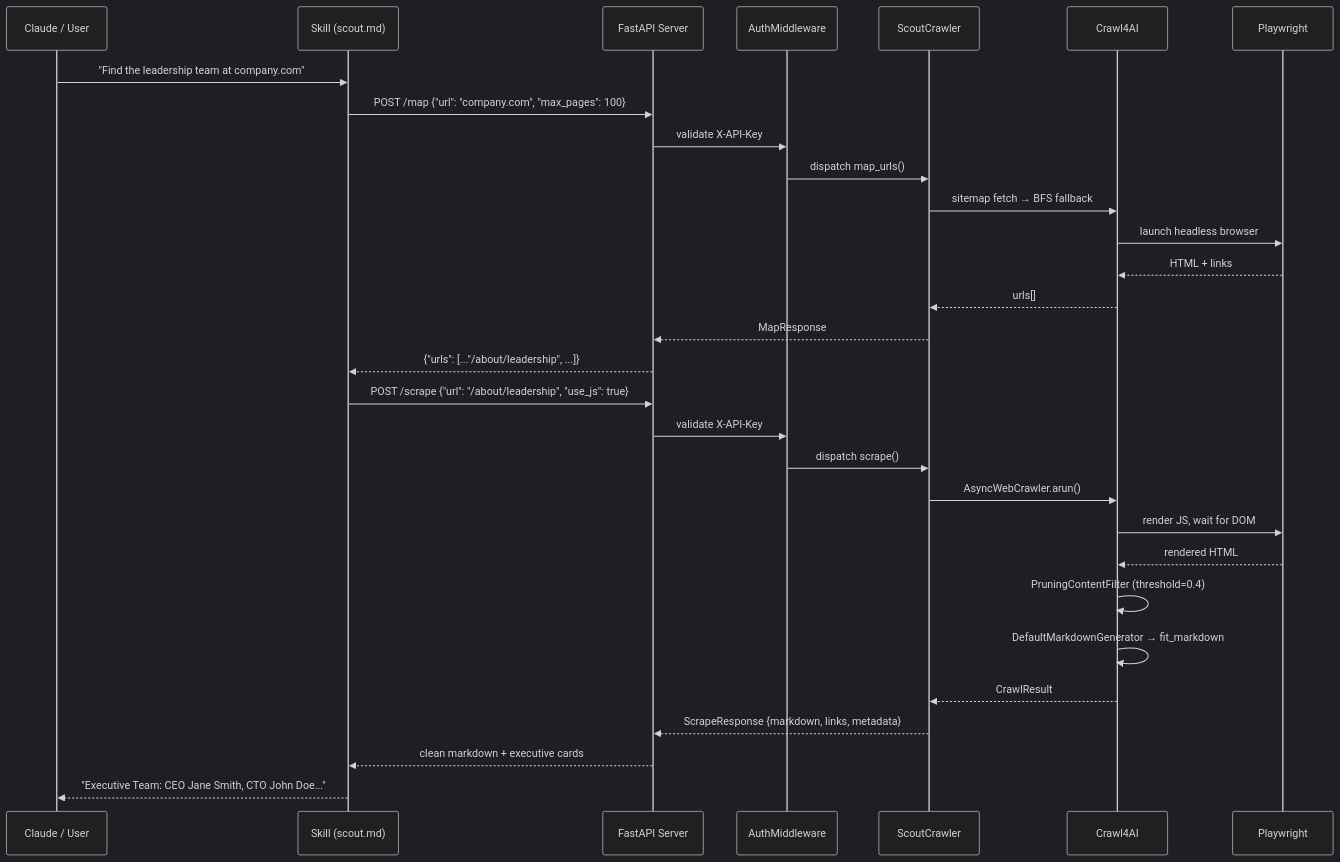
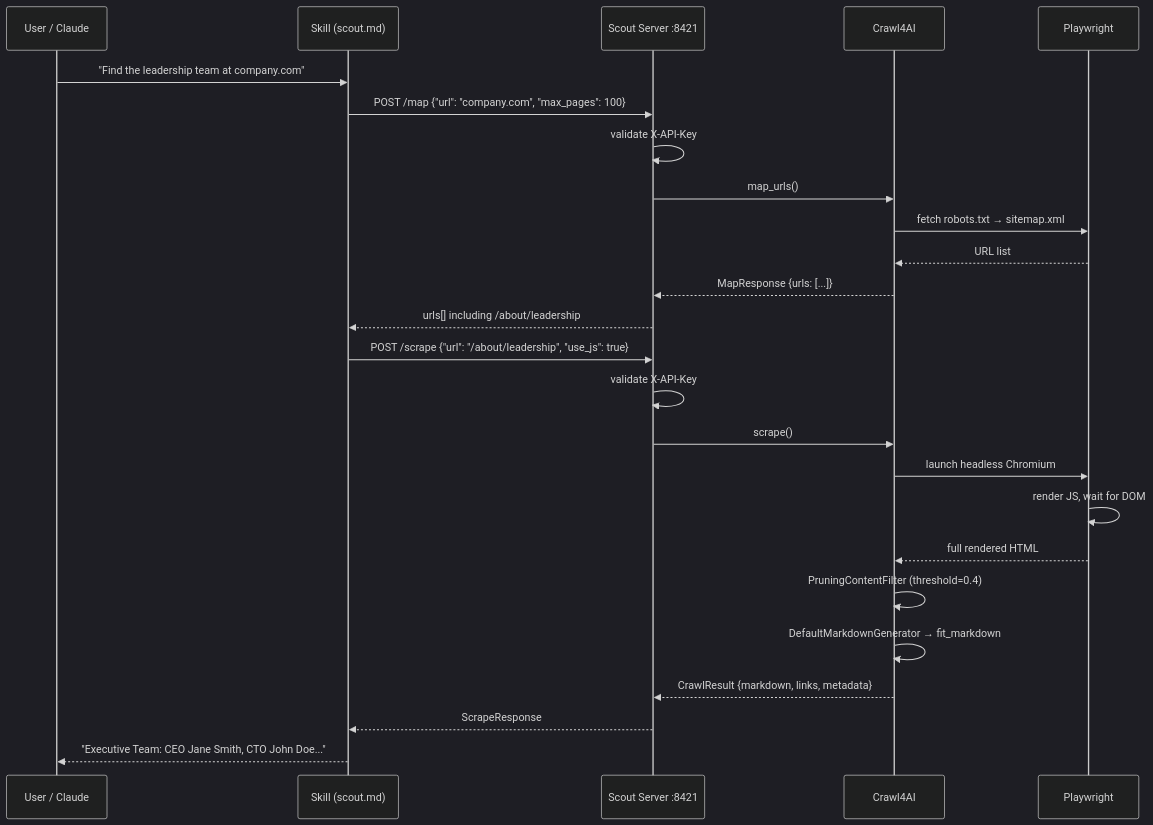
The second of 2 diagrams in skills/algolia-audit-skills/scout/ARCHITECTURE.md (arijitchowdhury80/algolia-claude-skills), drawn with Mermaid (dark theme) before and after one commit. The commit also changed other lines of this file and 2 other files, not shown here.

First line of the commit message:
fix(scout): remove internal refs, fix install steps, standalone docs only

````diff
--- a/skills/algolia-audit-skills/scout/ARCHITECTURE.md
+++ b/skills/algolia-audit-skills/scout/ARCHITECTURE.md
@@ -89,34 +70,30 @@
 ```mermaid
 sequenceDiagram
-    participant C as Claude / User
+    participant U as User / Claude
     participant SK as Skill (scout.md)
-    participant API as FastAPI Server
-    participant AUTH as AuthMiddleware
-    participant CRAW as ScoutCrawler
+    participant API as Scout Server :8421
     participant C4AI as Crawl4AI
     participant PW as Playwright
 
-    C->>SK: "Find the leadership team at company.com"
+    U->>SK: "Find the leadership team at company.com"
+
     SK->>API: POST /map {"url": "company.com", "max_pages": 100}
-    API->>AUTH: validate X-API-Key
-    AUTH->>CRAW: dispatch map_urls()
-    CRAW->>C4AI: sitemap fetch → BFS fallback
-    C4AI->>PW: launch headless browser
-    PW-->>C4AI: HTML + links
-    C4AI-->>CRAW: urls[]
-    CRAW-->>API: MapResponse
-    API-->>SK: {"urls": [..."/about/leadership", ...]}
+    API->>API: validate X-API-Key
+    API->>C4AI: map_urls()
+    C4AI->>PW: fetch robots.txt → sitemap.xml
+    PW-->>C4AI: URL list
+    C4AI-->>API: MapResponse {urls: [...]}
+    API-->>SK: urls[] including /about/leadership
 
     SK->>API: POST /scrape {"url": "/about/leadership", "use_js": true}
-    API->>AUTH: validate X-API-Key
-    AUTH->>CRAW: dispatch scrape()
-    CRAW->>C4AI: AsyncWebCrawler.arun()
-    C4AI->>PW: render JS, wait for DOM
-    PW-->>C4AI: rendered HTML
+    API->>API: validate X-API-Key
+    API->>C4AI: scrape()
+    C4AI->>PW: launch headless Chromium
+    PW->>PW: render JS, wait for DOM
+    PW-->>C4AI: full rendered HTML
     C4AI->>C4AI: PruningContentFilter (threshold=0.4)
     C4AI->>C4AI: DefaultMarkdownGenerator → fit_markdown
-    C4AI-->>CRAW: CrawlResult
-    CRAW-->>API: ScrapeResponse {markdown, links, metadata}
-    API-->>SK: clean markdown + executive cards
-    SK-->>C: "Executive Team: CEO Jane Smith, CTO John Doe..."
+    C4AI-->>API: CrawlResult {markdown, links, metadata}
+    API-->>SK: ScrapeResponse
+    SK-->>U: "Executive Team: CEO Jane Smith, CTO John Doe..."
 ```
````
